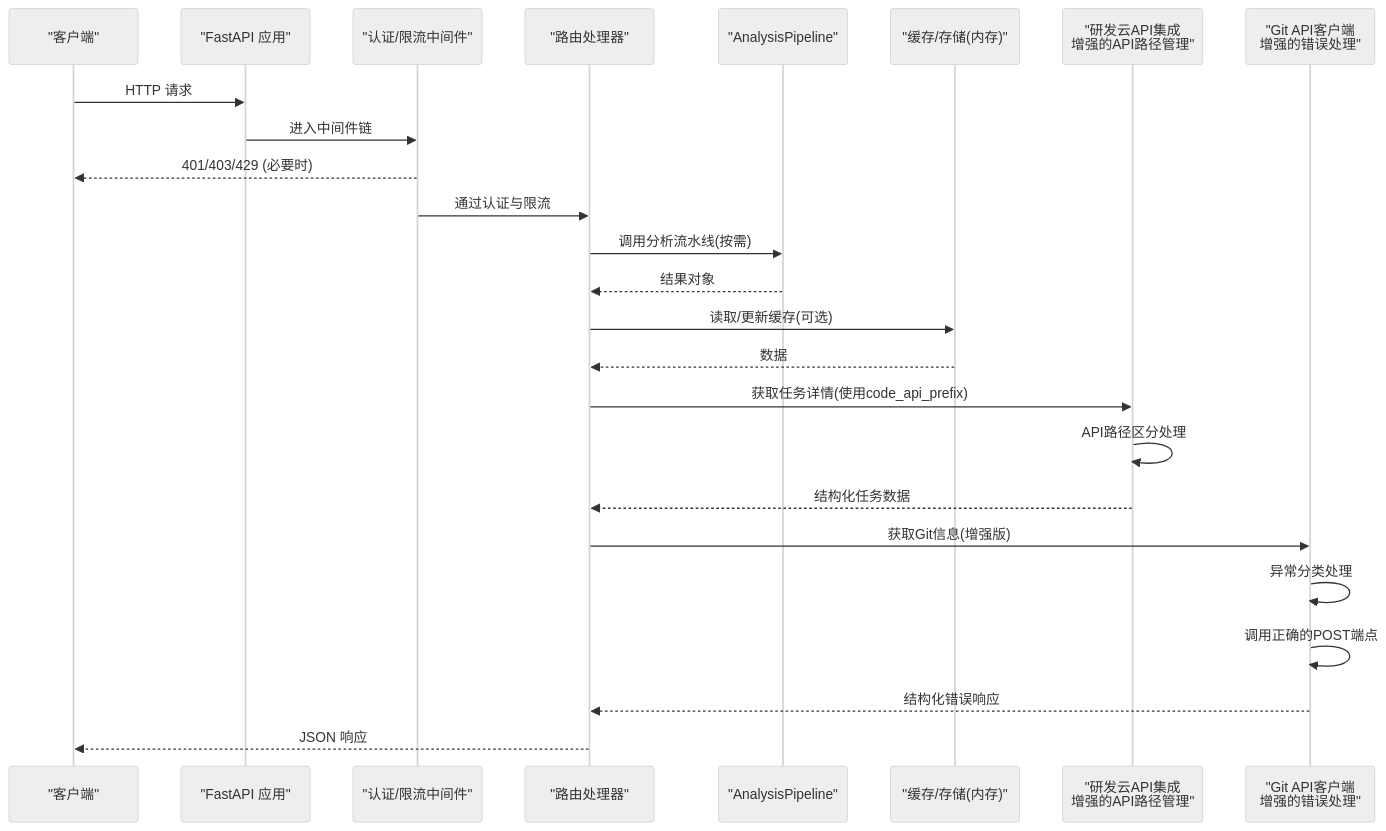
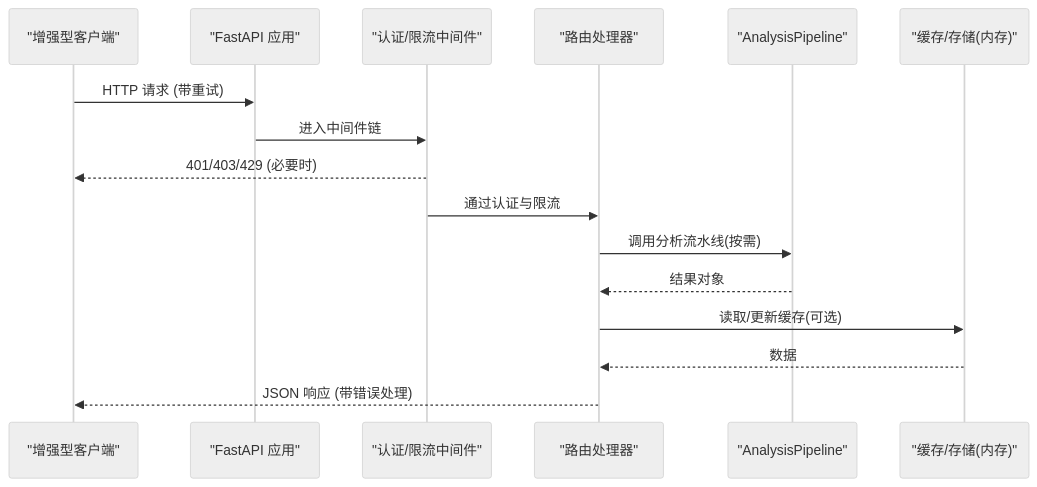
One commit to boyingliu01/fault-review-analyzer changed the second of 3 diagrams in .qoder/repowiki/zh/content/API接口文档/API接口文档.md. Above: the diagram before and after it, drawn with Mermaid (neutral theme). The commit also changed other lines of this file and 125 other files, not shown here.

````diff
--- a/.qoder/repowiki/zh/content/API接口文档/API接口文档.md
+++ b/.qoder/repowiki/zh/content/API接口文档/API接口文档.md
@@ -119,27 +98,18 @@
 ```mermaid
 sequenceDiagram
-participant Client as "客户端"
+participant Client as "增强型客户端"
 participant App as "FastAPI 应用"
 participant MW as "认证/限流中间件"
 participant Router as "路由处理器"
 participant Pipe as "AnalysisPipeline"
 participant Store as "缓存/存储(内存)"
-participant DevCloudAPI as "研发云API集成<br/>增强的API路径管理"
-participant GitClient as "Git API客户端<br/>增强的错误处理"
-Client->>App : HTTP 请求
+Client->>App : HTTP 请求 (带重试)
 App->>MW : 进入中间件链
 MW-->>Client : 401/403/429 (必要时)
 MW->>Router : 通过认证与限流
 Router->>Pipe : 调用分析流水线(按需)
 Pipe-->>Router : 结果对象
 Router->>Store : 读取/更新缓存(可选)
 Store-->>Router : 数据
-Router->>DevCloudAPI : 获取任务详情(使用code_api_prefix)
-DevCloudAPI->>DevCloudAPI : API路径区分处理
-DevCloudAPI-->>Router : 结构化任务数据
-Router->>GitClient : 获取Git信息(增强版)
-GitClient->>GitClient : 异常分类处理
-GitClient->>GitClient : 调用正确的POST端点
-GitClient-->>Router : 结构化错误响应
-Router-->>Client : JSON 响应
+Router-->>Client : JSON 响应 (带错误处理)
 ```
````
